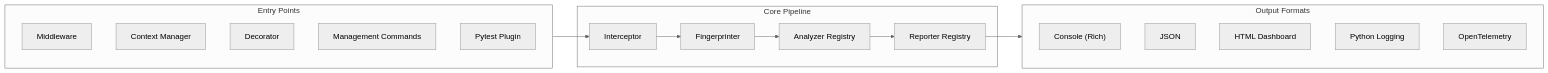
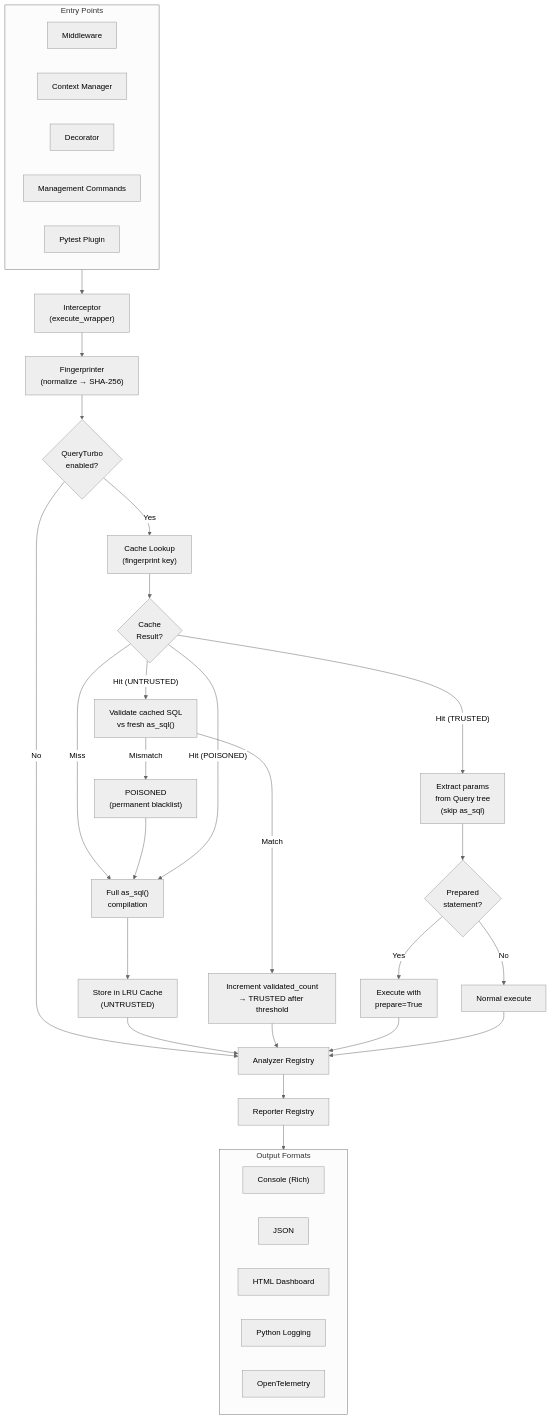
The first of 3 diagrams in docs/deep-dive/architecture.md (hassanzaibhay/django-query-doctor), drawn with Mermaid (neutral theme) before and after one commit. The commit also changed other lines of this file and 5 other files, not shown here.

First line of the commit message:
fix: SerializerMethodAnalyzer inherits BaseAnalyzer, architecture diagram includes QueryTurbo

````diff
--- a/docs/deep-dive/architecture.md
+++ b/docs/deep-dive/architecture.md
@@ -9,31 +9,50 @@
 ```mermaid
-flowchart LR
+flowchart TD
     subgraph Entry["Entry Points"]
         MW["Middleware"]
         CM["Context Manager"]
         DEC["Decorator"]
         MC["Management Commands"]
         PP["Pytest Plugin"]
     end
 
-    subgraph Core["Core Pipeline"]
-        INT["Interceptor"]
-        FP["Fingerprinter"]
-        AR["Analyzer Registry"]
-        RR["Reporter Registry"]
-    end
+    Entry --> INT["Interceptor\n(execute_wrapper)"]
+    INT --> FP["Fingerprinter\n(normalize → SHA-256)"]
+
+    FP --> TURBO_CHECK{"QueryTurbo\nenabled?"}
+
+    TURBO_CHECK -- No --> AR
+    TURBO_CHECK -- Yes --> CACHE_LOOKUP["Cache Lookup\n(fingerprint key)"]
+
+    CACHE_LOOKUP --> MISS{"Cache\nResult?"}
+    MISS -- Miss --> COMPILE["Full as_sql()\ncompilation"]
+    COMPILE --> STORE["Store in LRU Cache\n(UNTRUSTED)"]
+    STORE --> AR
+
+    MISS -- "Hit (UNTRUSTED)" --> VALIDATE["Validate cached SQL\nvs fresh as_sql()"]
+    VALIDATE -- Match --> PROMOTE["Increment validated_count\n→ TRUSTED after threshold"]
+    VALIDATE -- Mismatch --> POISON["POISONED\n(permanent blacklist)"]
+    POISON --> COMPILE
+    PROMOTE --> AR
+
+    MISS -- "Hit (TRUSTED)" --> EXTRACT["Extract params\nfrom Query tree\n(skip as_sql)"]
+    EXTRACT --> PREP{"Prepared\nstatement?"}
+    PREP -- Yes --> PS["Execute with\nprepare=True"]
+    PREP -- No --> EXEC["Normal execute"]
+    PS --> AR
+    EXEC --> AR
+
+    MISS -- "Hit (POISONED)" --> COMPILE
+
+    AR["Analyzer Registry"] --> RR["Reporter Registry"]
 
     subgraph Output["Output Formats"]
         CON["Console (Rich)"]
         JSON["JSON"]
         HTML["HTML Dashboard"]
         LOG["Python Logging"]
         OTEL["OpenTelemetry"]
     end
 
-    Entry --> INT
-    INT --> FP
-    FP --> AR
-    AR --> RR
     RR --> Output
 ```
````
